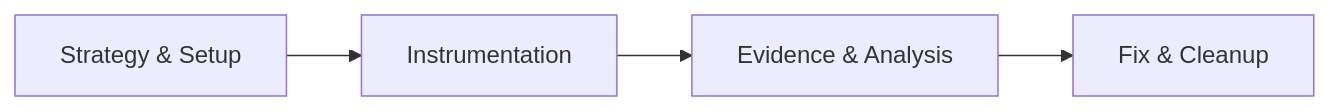
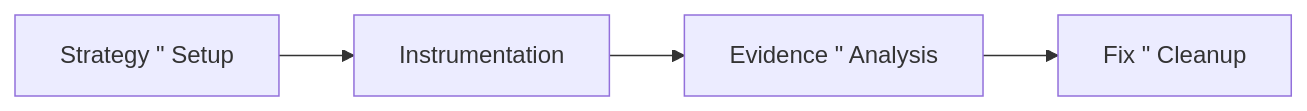
One commit to MinLeeV5/automated-instrumented-debugging-skill changed the second of 2 diagrams in README-EN.md. Above: the diagram before and after it, drawn with Mermaid. The commit also changed other lines of this file and 2 other files, not shown here.

````diff
--- a/README-EN.md
+++ b/README-EN.md
@@ -43,6 +74,6 @@
 ```mermaid
 graph LR
-    P1["Strategy & Setup"] --> P2["Instrumentation"]
-    P2 --> P3["Evidence & Analysis"]
-    P3 --> P4["Fix & Cleanup"]
+    P1["Strategy #quot; Setup"] --> P2["Instrumentation"]
+    P2 --> P3["Evidence #quot; Analysis"]
+    P3 --> P4["Fix #quot; Cleanup"]
 ```
````
